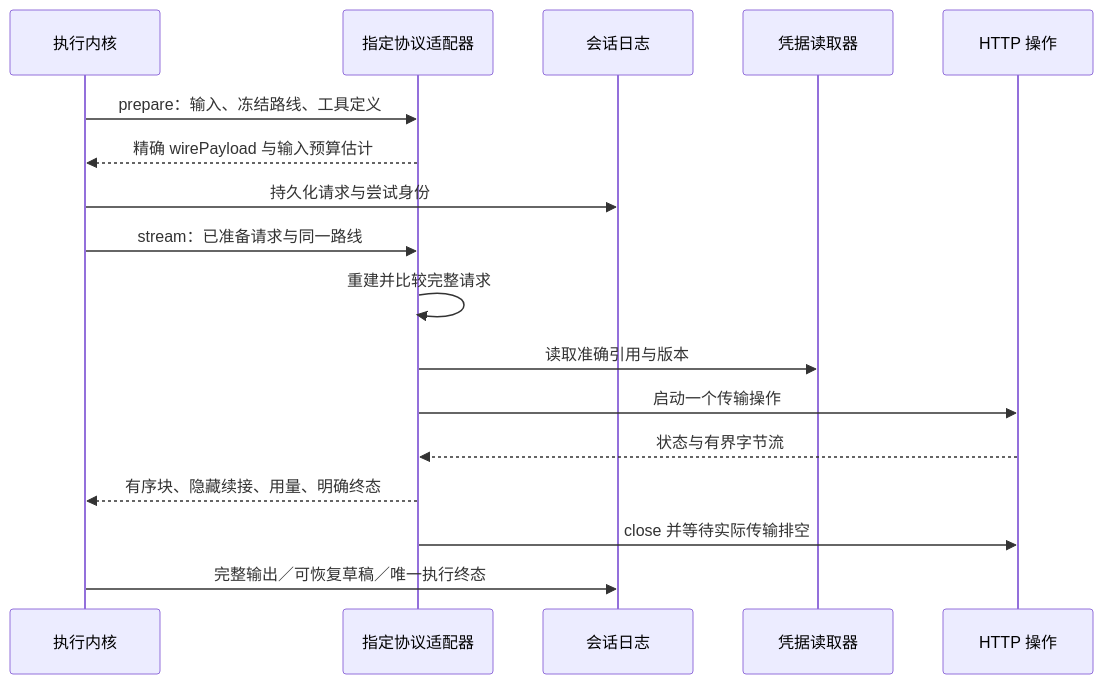
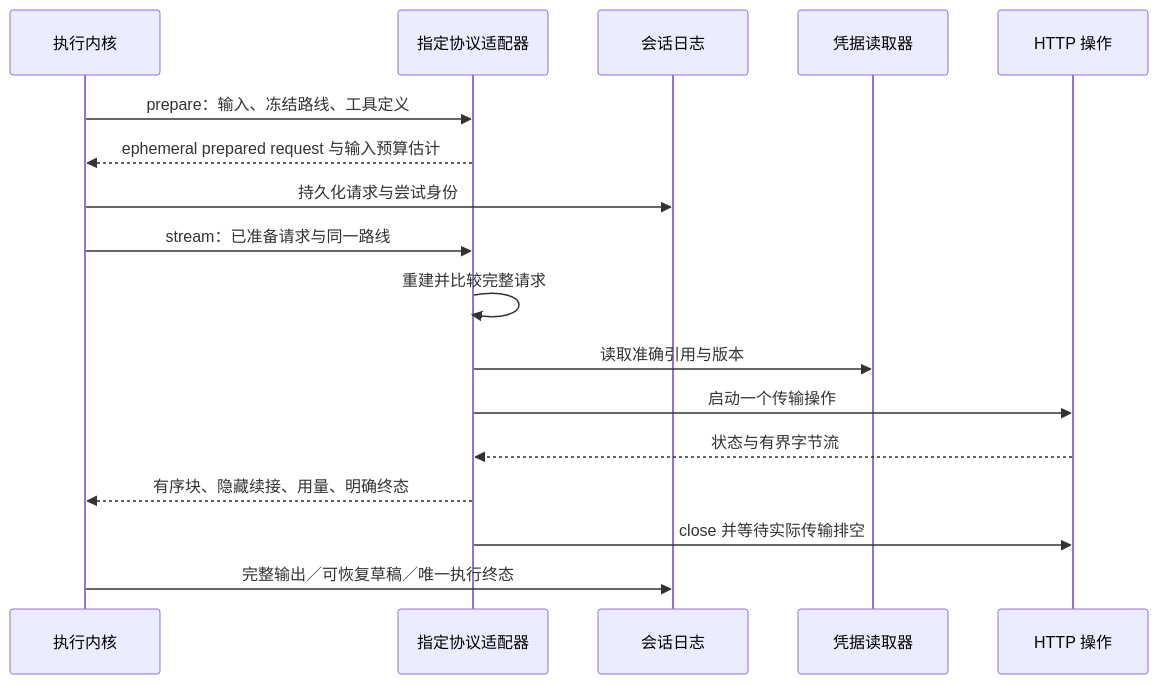
One commit to alwynou/mira changed the diagram in docs/architecture/AGENT_HTTP_ADAPTER.md. Above: the diagram before and after it, drawn with Mermaid. The commit also changed other lines of this file and 251 other files, not shown here.

````diff
--- a/docs/architecture/AGENT_HTTP_ADAPTER.md
+++ b/docs/architecture/AGENT_HTTP_ADAPTER.md
@@ -17,19 +17,19 @@
 ```mermaid
 sequenceDiagram
     participant K as 执行内核
     participant A as 指定协议适配器
     participant J as 会话日志
     participant C as 凭据读取器
     participant T as HTTP 操作
     K->>A: prepare：输入、冻结路线、工具定义
-    A-->>K: 精确 wirePayload 与输入预算估计
+    A-->>K: ephemeral prepared request 与输入预算估计
     K->>J: 持久化请求与尝试身份
     K->>A: stream：已准备请求与同一路线
     A->>A: 重建并比较完整请求
     A->>C: 读取准确引用与版本
     A->>T: 启动一个传输操作
     T-->>A: 状态与有界字节流
     A-->>K: 有序块、隐藏续接、用量、明确终态
     A->>T: close 并等待实际传输排空
     K->>J: 完整输出／可恢复草稿／唯一执行终态
 ```
````
